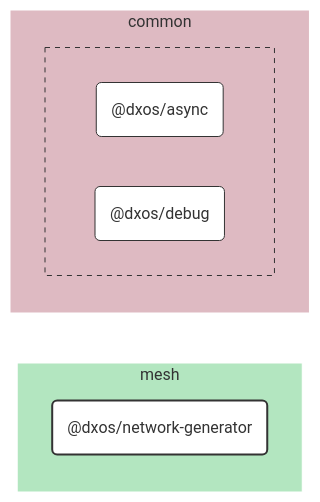
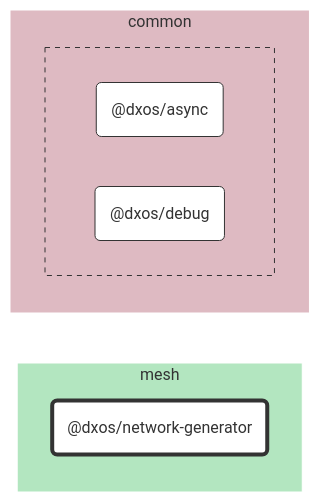
The diagram in packages/mesh/network-generator/docs/README.md (dxos/dxos), drawn with Mermaid before and after one commit. The commit also changed 104 other files, not shown here.

````diff
--- a/packages/mesh/network-generator/docs/README.md
+++ b/packages/mesh/network-generator/docs/README.md
@@ -7,41 +7,32 @@
 ```mermaid
 %%{ init: {'flowchart':{'curve':'basis'}} }%%
 
 flowchart LR
 
-%% Links
+%% Classes
+classDef def fill:#fff,stroke:#333,stroke-width:1px
+classDef root fill:#fff,stroke:#333,stroke-width:4px
 
-%% Sections
-subgraph mesh
-  style mesh fill:#b3e6c0,stroke:#fff;
+%% Nodes
 
-  dxos/network-generator("@dxos/network-generator")
+subgraph mesh [mesh]
+  style mesh fill:#b3e6c0,stroke:#fff
+  dxos/network-generator("@dxos/network-generator"):::root
+  click dxos/network-generator "dxos/dxos/tree/main/packages/mesh/network-generator/docs"
 end
 
-subgraph common
-  style common fill:#debac2,stroke:#fff;
-
+subgraph common [common]
+  style common fill:#debac2,stroke:#fff
 
   subgraph common-excluded [ ]
-    style common-excluded fill:#debac2,stroke:#333,stroke-dasharray:5 5;
-
-    dxos/async("@dxos/async")
-    dxos/debug("@dxos/debug")
+    style common-excluded fill:#debac2,stroke:#333,stroke-dasharray:5 5
+    dxos/async("@dxos/async"):::def
+    click dxos/async "dxos/dxos/tree/main/packages/common/async/docs"
+    dxos/debug("@dxos/debug"):::def
+    click dxos/debug "dxos/dxos/tree/main/packages/common/debug/docs"
   end
 end
 
-
-%% Hyperlinks
-click dxos/async "dxos/dxos/tree/main/packages/common/async/docs";
-click dxos/debug "dxos/dxos/tree/main/packages/common/debug/docs";
-
-%% Styles
-classDef rootNode fill:#fff,stroke:#333,stroke-width:2px
-classDef defaultNode fill:#fff,stroke:#333,stroke-width:1px
+%% Links
 linkStyle default stroke:#333,stroke-width:1px
-
-dxos/network-generator:::rootNode
-
-dxos/async:::defaultNode
-dxos/debug:::defaultNode
 ```
````
